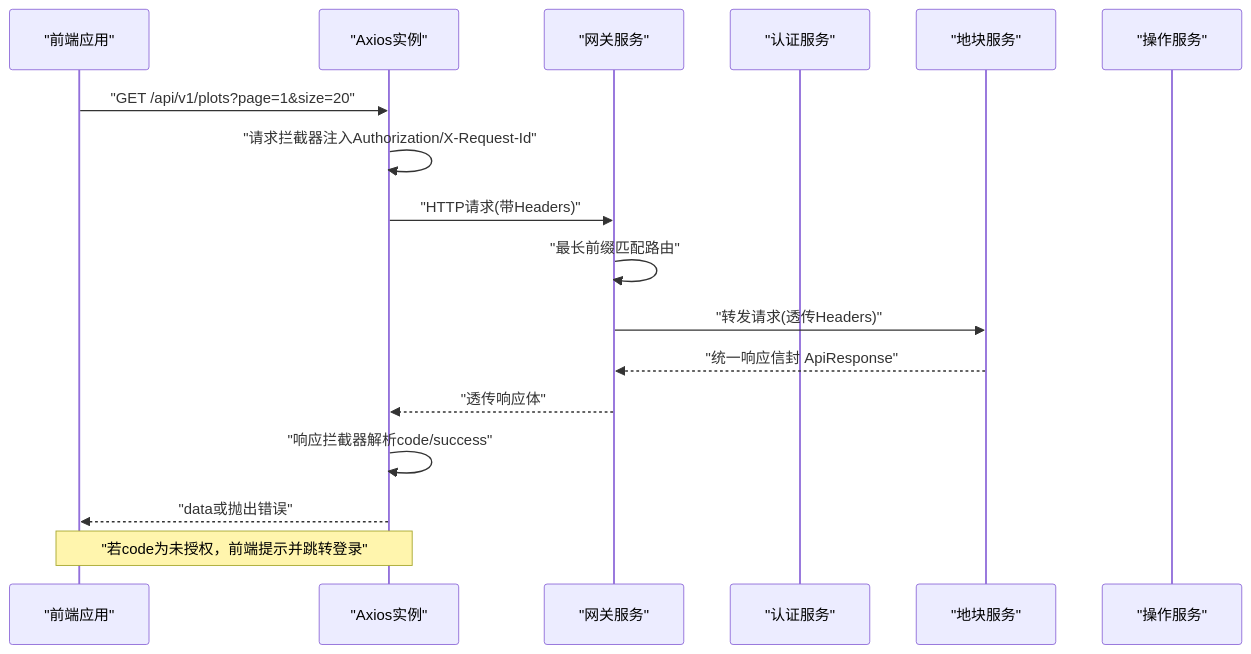
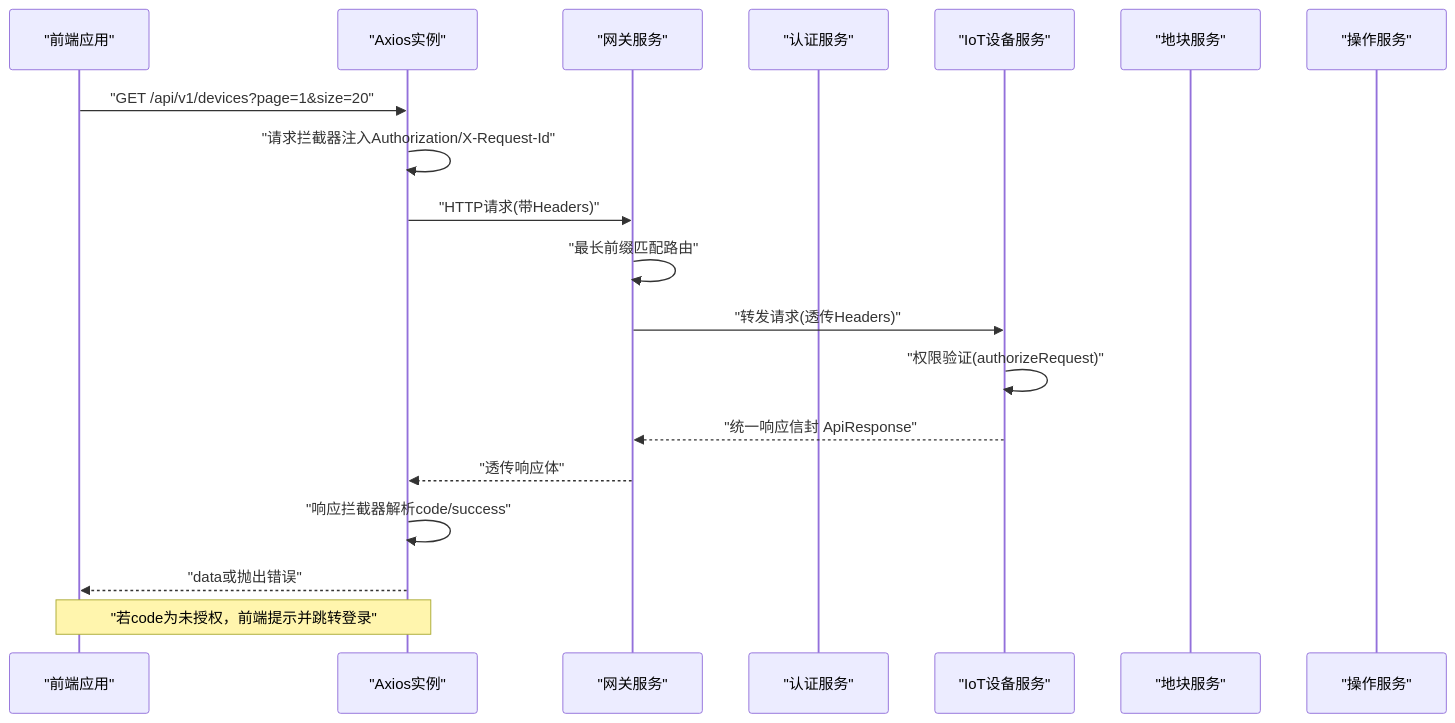
Before and after one commit to q446328246/agri-platform: the second of 14 diagrams in .qoder/repowiki/zh/content/前端应用文档/API集成.md, drawn with Mermaid. The commit also changed other lines of this file and 39 other files, not shown here.

````diff
--- a/.qoder/repowiki/zh/content/前端应用文档/API集成.md
+++ b/.qoder/repowiki/zh/content/前端应用文档/API集成.md
@@ -113,19 +126,21 @@
 ```mermaid
 sequenceDiagram
 participant FE as "前端应用"
 participant AX as "Axios实例"
 participant GW as "网关服务"
 participant AUTH as "认证服务"
+participant IOT as "IoT设备服务"
 participant PLOT as "地块服务"
 participant OPERATION as "操作服务"
-FE->>AX : "GET /api/v1/plots?page=1&size=20"
+FE->>AX : "GET /api/v1/devices?page=1&size=20"
 AX->>AX : "请求拦截器注入Authorization/X-Request-Id"
 AX->>GW : "HTTP请求(带Headers)"
 GW->>GW : "最长前缀匹配路由"
-GW->>PLOT : "转发请求(透传Headers)"
-PLOT-->>GW : "统一响应信封 ApiResponse"
+GW->>IOT : "转发请求(透传Headers)"
+IOT->>IOT : "权限验证(authorizeRequest)"
+IOT-->>GW : "统一响应信封 ApiResponse"
 GW-->>AX : "透传响应体"
 AX->>AX : "响应拦截器解析code/success"
 AX-->>FE : "data或抛出错误"
 Note over FE,AX : "若code为未授权，前端提示并跳转登录"
 ```
````
